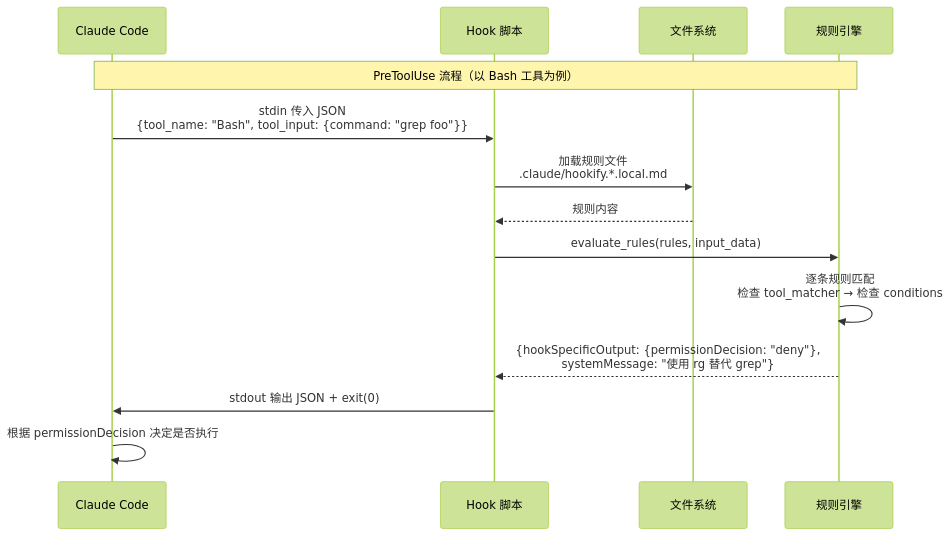
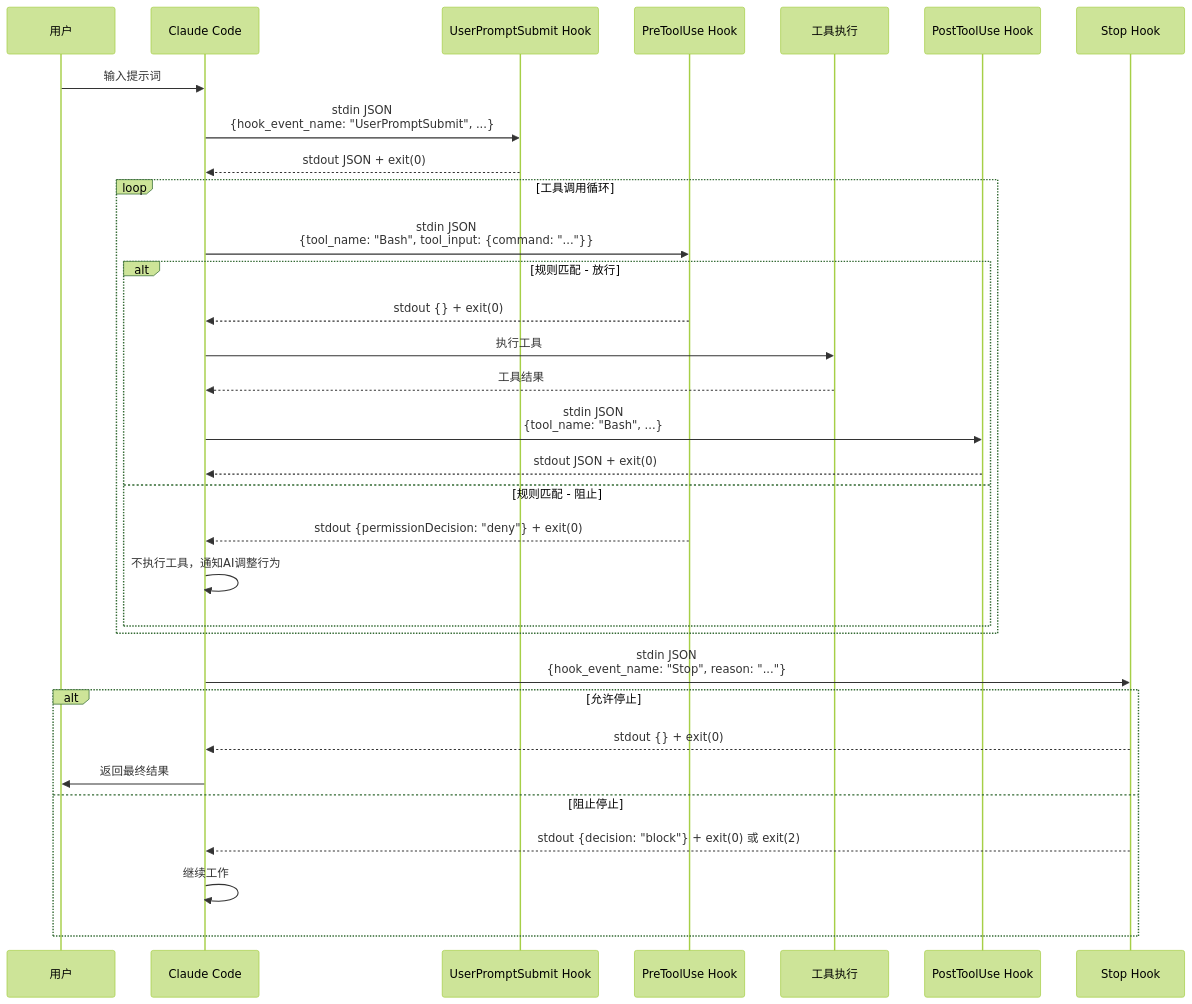
One commit to zhangzqhn/claude-code changed the second of 17 diagrams in docs/technical_design.md. Above: the diagram before and after it, drawn with Mermaid (forest theme). The commit also changed other lines of this file, not shown here.

````diff
--- a/docs/technical_design.md
+++ b/docs/technical_design.md
@@ -56,18 +104,37 @@
 ```mermaid
 sequenceDiagram
+    participant USER as 用户
     participant CC as Claude Code
-    participant Hook as Hook 脚本
-    participant FS as 文件系统
-    participant RE as 规则引擎
+    participant UPS as UserPromptSubmit Hook
+    participant PTU as PreToolUse Hook
+    participant TOOL as 工具执行
+    participant POST as PostToolUse Hook
+    participant STOP as Stop Hook
 
-    Note over CC,RE: PreToolUse 流程（以 Bash 工具为例）
+    USER->>CC: 输入提示词
+    CC->>UPS: stdin JSON<br/>{hook_event_name: "UserPromptSubmit", ...}
+    UPS-->>CC: stdout JSON + exit(0)
 
-    CC->>Hook: stdin 传入 JSON<br/>{tool_name: "Bash", tool_input: {command: "grep foo"}}
-    Hook->>FS: 加载规则文件<br/>.claude/hookify.*.local.md
-    FS-->>Hook: 规则内容
-    Hook->>RE: evaluate_rules(rules, input_data)
-    RE->>RE: 逐条规则匹配<br/>检查 tool_matcher → 检查 conditions
-    RE-->>Hook: {hookSpecificOutput: {permissionDecision: "deny"},<br/>systemMessage: "使用 rg 替代 grep"}
-    Hook->>CC: stdout 输出 JSON + exit(0)
-    CC->>CC: 根据 permissionDecision 决定是否执行
+    loop 工具调用循环
+        CC->>PTU: stdin JSON<br/>{tool_name: "Bash", tool_input: {command: "..."}}
+        alt 规则匹配 - 放行
+            PTU-->>CC: stdout {} + exit(0)
+            CC->>TOOL: 执行工具
+            TOOL-->>CC: 工具结果
+            CC->>POST: stdin JSON<br/>{tool_name: "Bash", ...}
+            POST-->>CC: stdout JSON + exit(0)
+        else 规则匹配 - 阻止
+            PTU-->>CC: stdout {permissionDecision: "deny"} + exit(0)
+            CC->>CC: 不执行工具，通知AI调整行为
+        end
+    end
+
+    CC->>STOP: stdin JSON<br/>{hook_event_name: "Stop", reason: "..."}
+    alt 允许停止
+        STOP-->>CC: stdout {} + exit(0)
+        CC->>USER: 返回最终结果
+    else 阻止停止
+        STOP-->>CC: stdout {decision: "block"} + exit(0) 或 exit(2)
+        CC->>CC: 继续工作
+    end
 ```
````
